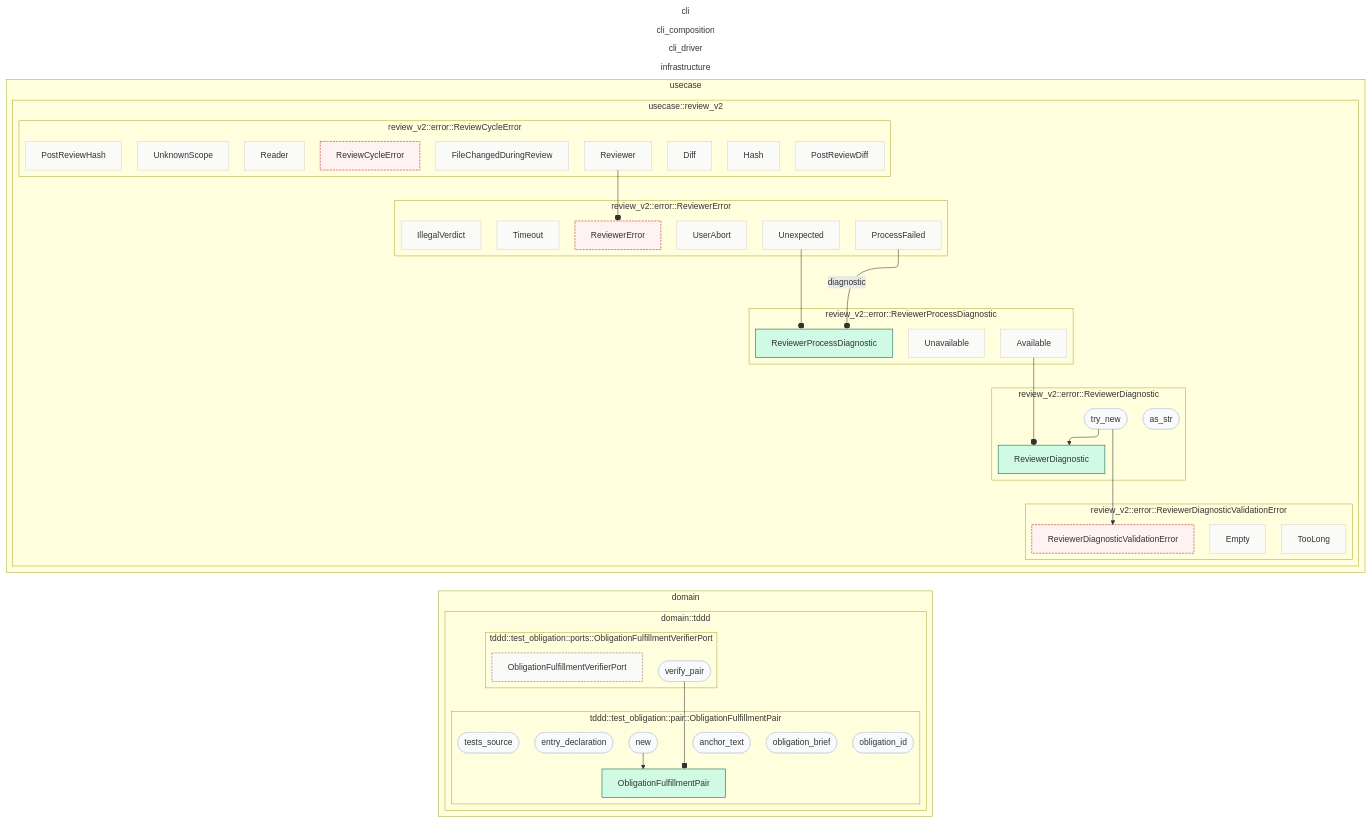
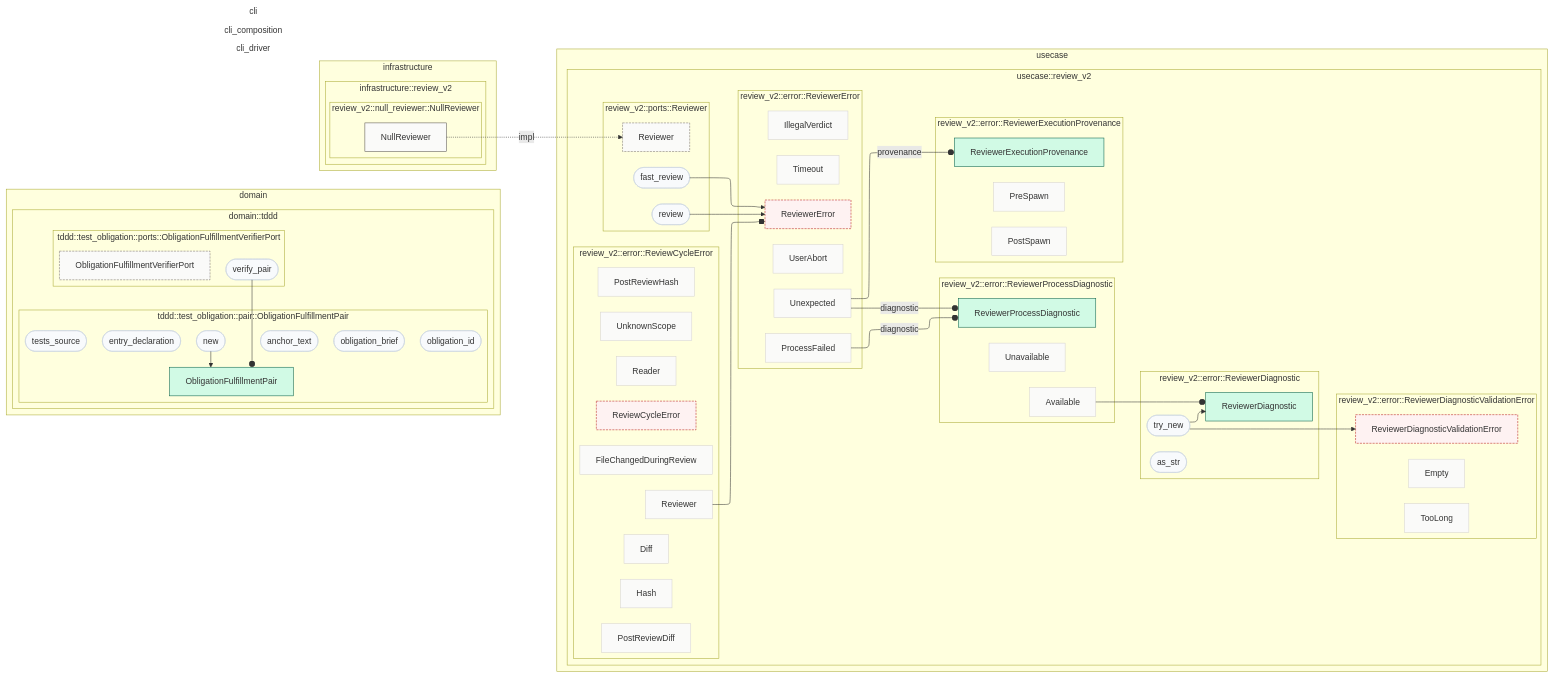
Before and after one commit to Flip451/SoTOHE-core: the diagram in track/items/2026-09-08-upstream-handoff-hardening/contract-map.md, drawn with Mermaid. The commit also changed 95 other files, not shown here.

````diff
--- a/track/items/2026-09-08-upstream-handoff-hardening/contract-map.md
+++ b/track/items/2026-09-08-upstream-handoff-hardening/contract-map.md
@@ -69,6 +69,12 @@
     T103_7_75736563617365_7_75736563617365_33_5265766965776572446961676e6f7374696356616c69646174696f6e4572726f72_Empty[Empty]
     T103_7_75736563617365_7_75736563617365_33_5265766965776572446961676e6f7374696356616c69646174696f6e4572726f72_TooLong[TooLong]
   end
+  subgraph T91_7_75736563617365_7_75736563617365_27_5265766965776572457865637574696f6e50726f76656e616e6365["review_v2::error::ReviewerExecutionProvenance"]
+    direction TB
+    T91_7_75736563617365_7_75736563617365_27_5265766965776572457865637574696f6e50726f76656e616e6365__self[ReviewerExecutionProvenance]
+    T91_7_75736563617365_7_75736563617365_27_5265766965776572457865637574696f6e50726f76656e616e6365_PreSpawn[PreSpawn]
+    T91_7_75736563617365_7_75736563617365_27_5265766965776572457865637574696f6e50726f76656e616e6365_PostSpawn[PostSpawn]
+  end
   subgraph T87_7_75736563617365_7_75736563617365_25_526576696577657250726f63657373446961676e6f73746963["review_v2::error::ReviewerProcessDiagnostic"]
     direction TB
     T87_7_75736563617365_7_75736563617365_25_526576696577657250726f63657373446961676e6f73746963__self[ReviewerProcessDiagnostic]
@@ -96,10 +102,23 @@
     T117_7_75736563617365_7_75736563617365_40_757365636173653a3a7265766965775f76323a3a6572726f723a3a52657669657765724572726f72_IllegalVerdict[IllegalVerdict]
     T117_7_75736563617365_7_75736563617365_40_757365636173653a3a7265766965775f76323a3a6572726f723a3a52657669657765724572726f72_Unexpected[Unexpected]
   end
+  subgraph R52_7_75736563617365_7_75736563617365_8_5265766965776572["review_v2::ports::Reviewer"]
+    direction TB
+    R52_7_75736563617365_7_75736563617365_8_5265766965776572__self[Reviewer]
+    R52_7_75736563617365_7_75736563617365_8_5265766965776572_review([review])
+    R52_7_75736563617365_7_75736563617365_8_5265766965776572_fast_review([fast_review])
+  end
   end
 end
 subgraph L31_14_696e667261737472756374757265["infrastructure"]
   direction TB
+  subgraph M84_14_696e667261737472756374757265_14_696e667261737472756374757265_9_7265766965775f7632["infrastructure::review_v2"]
+    direction TB
+  subgraph T91_14_696e667261737472756374757265_14_696e667261737472756374757265_12_4e756c6c5265766965776572["review_v2::null_reviewer::NullReviewer"]
+    direction TB
+    T91_14_696e667261737472756374757265_14_696e667261737472756374757265_12_4e756c6c5265766965776572__self[NullReviewer]
+  end
+  end
 end
 subgraph L23_10_636c695f647269766572["cli_driver"]
   direction TB
@@ -117,7 +136,11 @@
 T87_7_75736563617365_7_75736563617365_25_526576696577657250726f63657373446961676e6f73746963_Available --o T73_7_75736563617365_7_75736563617365_18_5265766965776572446961676e6f73746963__self
 T123_7_75736563617365_7_75736563617365_43_757365636173653a3a7265766965775f76323a3a6572726f723a3a5265766965774379636c654572726f72_Reviewer --o T117_7_75736563617365_7_75736563617365_40_757365636173653a3a7265766965775f76323a3a6572726f723a3a52657669657765724572726f72__self
 T117_7_75736563617365_7_75736563617365_40_757365636173653a3a7265766965775f76323a3a6572726f723a3a52657669657765724572726f72_ProcessFailed --o|diagnostic| T87_7_75736563617365_7_75736563617365_25_526576696577657250726f63657373446961676e6f73746963__self
-T117_7_75736563617365_7_75736563617365_40_757365636173653a3a7265766965775f76323a3a6572726f723a3a52657669657765724572726f72_Unexpected --o T87_7_75736563617365_7_75736563617365_25_526576696577657250726f63657373446961676e6f73746963__self
+T117_7_75736563617365_7_75736563617365_40_757365636173653a3a7265766965775f76323a3a6572726f723a3a52657669657765724572726f72_Unexpected --o|provenance| T91_7_75736563617365_7_75736563617365_27_5265766965776572457865637574696f6e50726f76656e616e6365__self
+T117_7_75736563617365_7_75736563617365_40_757365636173653a3a7265766965775f76323a3a6572726f723a3a52657669657765724572726f72_Unexpected --o|diagnostic| T87_7_75736563617365_7_75736563617365_25_526576696577657250726f63657373446961676e6f73746963__self
+R52_7_75736563617365_7_75736563617365_8_5265766965776572_review --> T117_7_75736563617365_7_75736563617365_40_757365636173653a3a7265766965775f76323a3a6572726f723a3a52657669657765724572726f72__self
+R52_7_75736563617365_7_75736563617365_8_5265766965776572_fast_review --> T117_7_75736563617365_7_75736563617365_40_757365636173653a3a7265766965775f76323a3a6572726f723a3a52657669657765724572726f72__self
+T91_14_696e667261737472756374757265_14_696e667261737472756374757265_12_4e756c6c5265766965776572__self -.impl.-> R52_7_75736563617365_7_75736563617365_8_5265766965776572__self
 class T157_6_646f6d61696e_6_646f6d61696e_62_646f6d61696e3a3a746464643a3a746573745f6f626c69676174696f6e3a3a706169723a3a4f626c69676174696f6e46756c66696c6c6d656e7450616972_new method_node
 class T157_6_646f6d61696e_6_646f6d61696e_62_646f6d61696e3a3a746464643a3a746573745f6f626c69676174696f6e3a3a706169723a3a4f626c69676174696f6e46756c66696c6c6d656e7450616972_tests_source method_node
 class T157_6_646f6d61696e_6_646f6d61696e_62_646f6d61696e3a3a746464643a3a746573745f6f626c69676174696f6e3a3a706169723a3a4f626c69676174696f6e46756c66696c6c6d656e7450616972_entry_declaration method_node
@@ -133,6 +156,9 @@
 class T103_7_75736563617365_7_75736563617365_33_5265766965776572446961676e6f7374696356616c69646174696f6e4572726f72_Empty variant_node
 class T103_7_75736563617365_7_75736563617365_33_5265766965776572446961676e6f7374696356616c69646174696f6e4572726f72_TooLong variant_node
 class T103_7_75736563617365_7_75736563617365_33_5265766965776572446961676e6f7374696356616c69646174696f6e4572726f72__self error_type
+class T91_7_75736563617365_7_75736563617365_27_5265766965776572457865637574696f6e50726f76656e616e6365_PreSpawn variant_node
+class T91_7_75736563617365_7_75736563617365_27_5265766965776572457865637574696f6e50726f76656e616e6365_PostSpawn variant_node
+class T91_7_75736563617365_7_75736563617365_27_5265766965776572457865637574696f6e50726f76656e616e6365__self value_object
 class T87_7_75736563617365_7_75736563617365_25_526576696577657250726f63657373446961676e6f73746963_Available variant_node
 class T87_7_75736563617365_7_75736563617365_25_526576696577657250726f63657373446961676e6f73746963_Unavailable variant_node
 class T87_7_75736563617365_7_75736563617365_25_526576696577657250726f63657373446961676e6f73746963__self value_object
@@ -151,4 +177,8 @@
 class T117_7_75736563617365_7_75736563617365_40_757365636173653a3a7265766965775f76323a3a6572726f723a3a52657669657765724572726f72_IllegalVerdict variant_node
 class T117_7_75736563617365_7_75736563617365_40_757365636173653a3a7265766965775f76323a3a6572726f723a3a52657669657765724572726f72_Unexpected variant_node
 class T117_7_75736563617365_7_75736563617365_40_757365636173653a3a7265766965775f76323a3a6572726f723a3a52657669657765724572726f72__self error_type
+class R52_7_75736563617365_7_75736563617365_8_5265766965776572_review method_node
+class R52_7_75736563617365_7_75736563617365_8_5265766965776572_fast_review method_node
+class R52_7_75736563617365_7_75736563617365_8_5265766965776572__self secondary_port
+class T91_14_696e667261737472756374757265_14_696e667261737472756374757265_12_4e756c6c5265766965776572__self secondary_adapter
 ```
````
